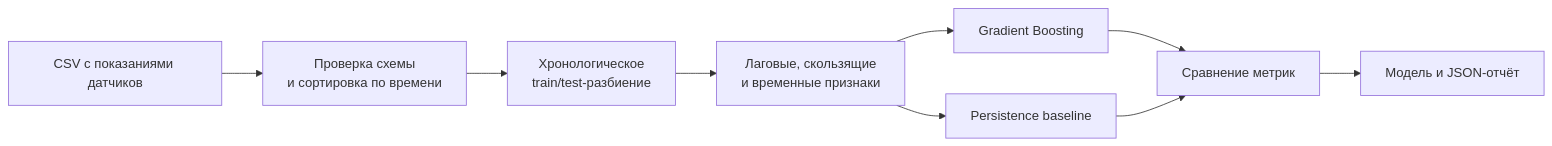
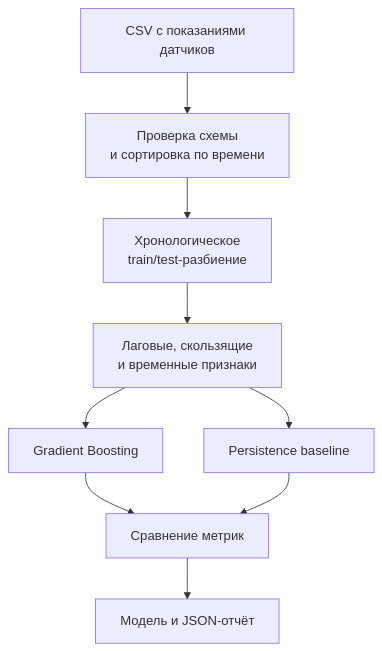
Before and after one commit to TheEdfog/methane-forecasting: the diagram in README.md, drawn with Mermaid.

Commit message:
docs: improve pipeline diagram readability

````diff
--- a/README.md
+++ b/README.md
@@ -18,11 +18,11 @@
 ```mermaid
-flowchart LR
+flowchart TD
     source["CSV с показаниями датчиков"] --> validate["Проверка схемы<br/>и сортировка по времени"]
     validate --> split["Хронологическое<br/>train/test-разбиение"]
     split --> features["Лаговые, скользящие<br/>и временные признаки"]
     features --> model["Gradient Boosting"]
     features --> baseline["Persistence baseline"]
     model --> compare["Сравнение метрик"]
     baseline --> compare
     compare --> artifacts["Модель и JSON-отчёт"]
 ```
````
